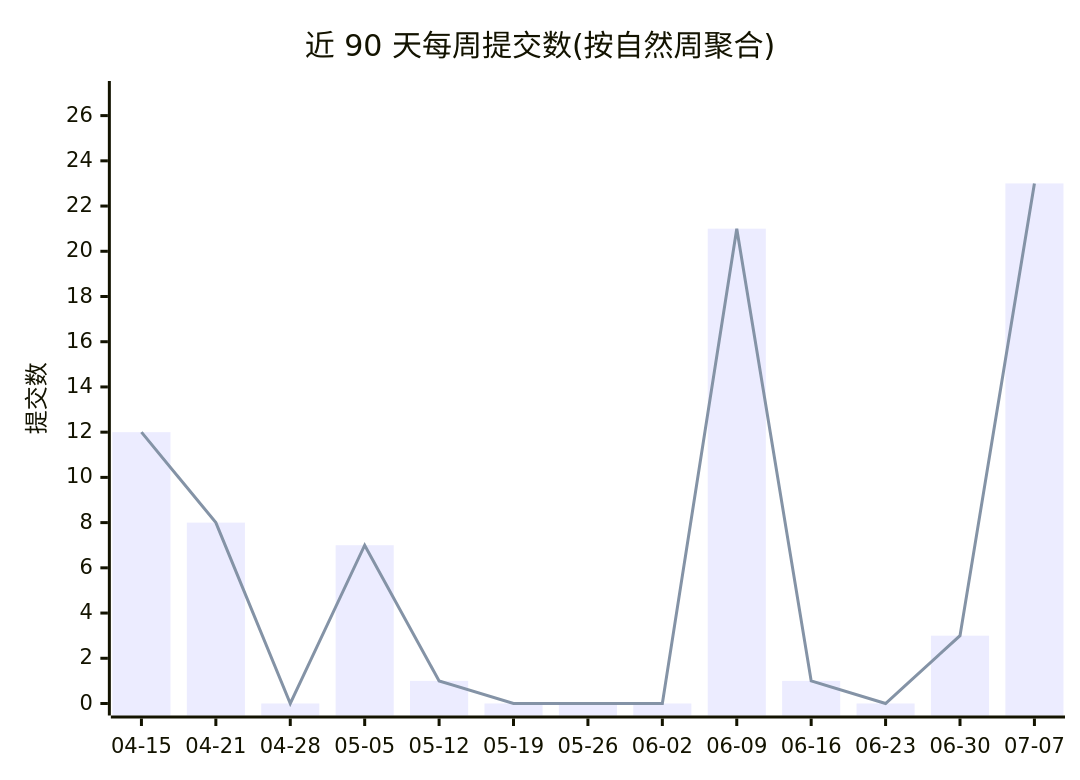
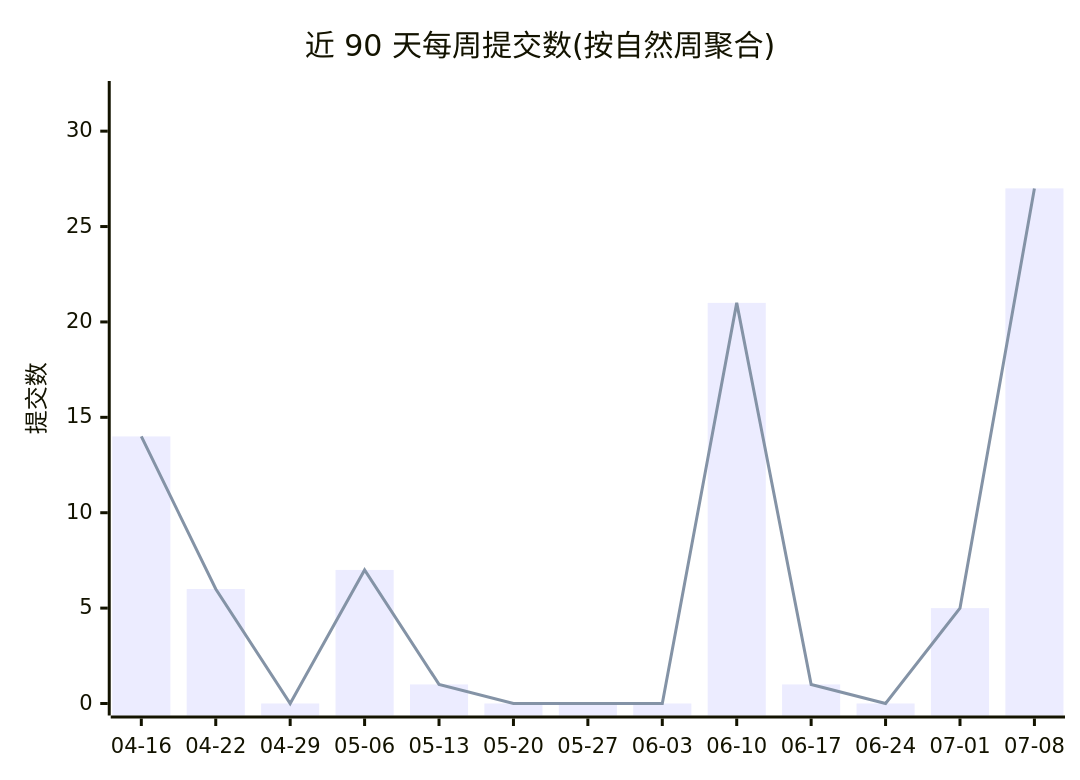
Before and after one commit to Conflux-Union/.github: the first of 2 diagrams in profile/README.md, drawn with Mermaid. The commit also changed other lines of this file and 1 other file, not shown here.

````diff
--- a/profile/README.md
+++ b/profile/README.md
@@ -44,8 +44,8 @@
 ```mermaid
 xychart-beta
     title "近 90 天每周提交数(按自然周聚合)"
-    x-axis ["04-15", "04-21", "04-28", "05-05", "05-12", "05-19", "05-26", "06-02", "06-09", "06-16", "06-23", "06-30", "07-07"]
-    y-axis "提交数" 0 --> 27
-    bar [12, 8, 0, 7, 1, 0, 0, 0, 21, 1, 0, 3, 23]
-    line [12, 8, 0, 7, 1, 0, 0, 0, 21, 1, 0, 3, 23]
+    x-axis ["04-16", "04-22", "04-29", "05-06", "05-13", "05-20", "05-27", "06-03", "06-10", "06-17", "06-24", "07-01", "07-08"]
+    y-axis "提交数" 0 --> 32
+    bar [14, 6, 0, 7, 1, 0, 0, 0, 21, 1, 0, 5, 27]
+    line [14, 6, 0, 7, 1, 0, 0, 0, 21, 1, 0, 5, 27]
 ```
````
